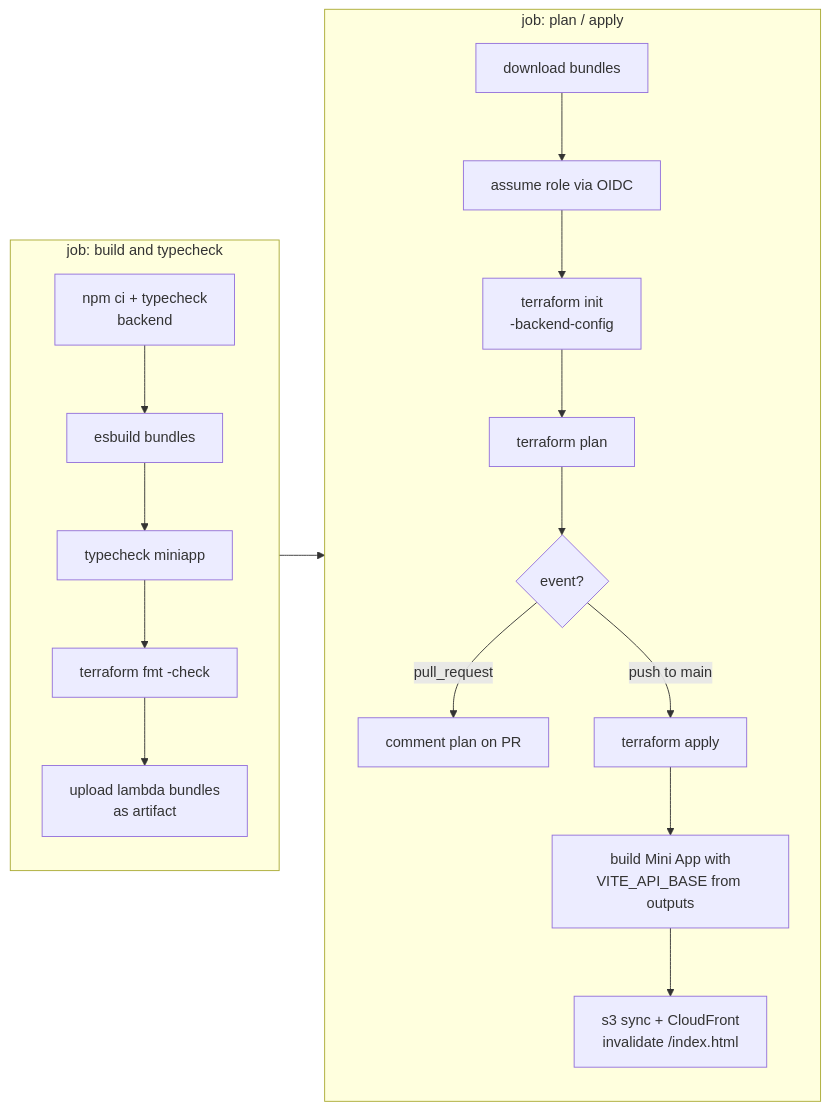
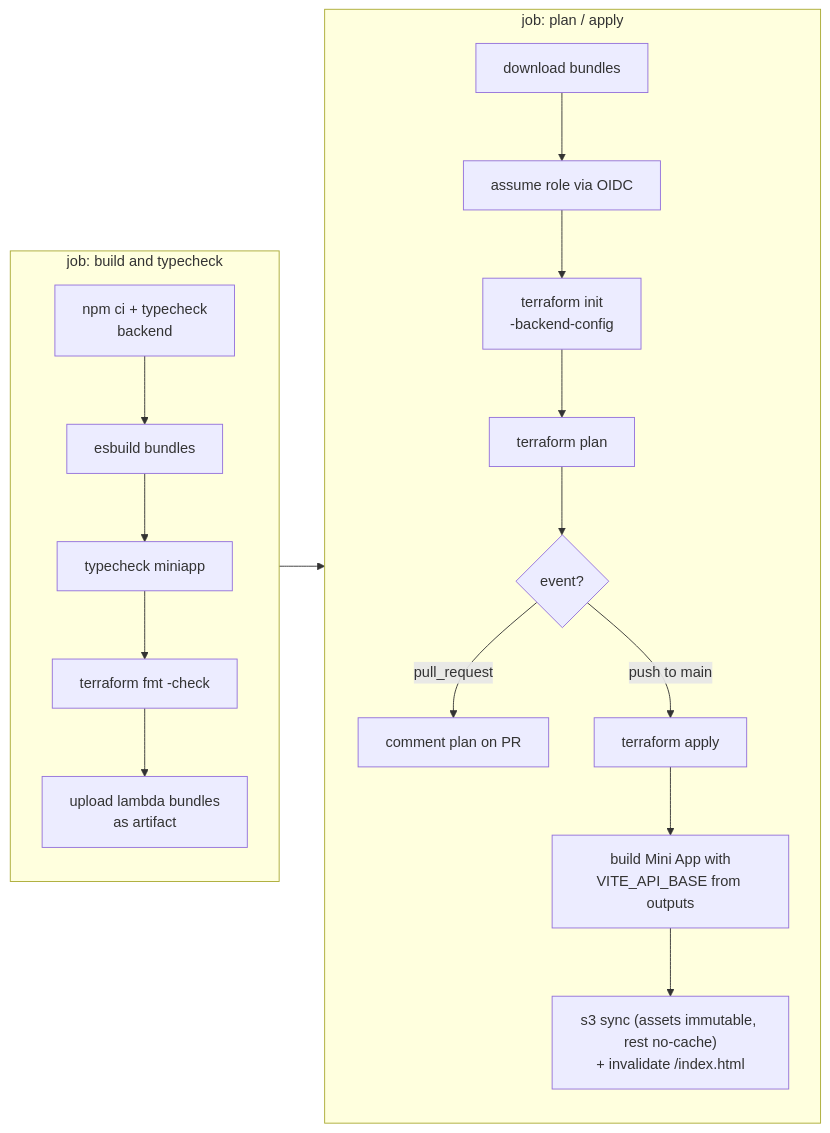
The second of 4 diagrams in DESIGN.md (anyhowwws/AnySplit), drawn with Mermaid before and after one commit. The commit also changed other lines of this file and 4 other files, not shown here.

First line of the commit message:
Upload index.html as no-cache and hashed assets as immutable (#23)

````diff
--- a/DESIGN.md
+++ b/DESIGN.md
@@ -152,24 +152,24 @@
 ```mermaid
 flowchart LR
     subgraph build["job: build and typecheck"]
         direction TB
         B1["npm ci + typecheck<br/>backend"] --> B2["esbuild bundles"]
         B2 --> B3["typecheck miniapp"]
         B3 --> B4["terraform fmt -check"]
         B4 --> B5["upload lambda bundles<br/>as artifact"]
     end
 
     subgraph tf["job: plan / apply"]
         direction TB
         T1["download bundles"] --> T2["assume role via OIDC"]
         T2 --> T3["terraform init<br/>-backend-config"]
         T3 --> T4["terraform plan"]
         T4 --> T5{"event?"}
         T5 -->|"pull_request"| T6["comment plan on PR"]
         T5 -->|"push to main"| T7["terraform apply"]
         T7 --> T8["build Mini App with<br/>VITE_API_BASE from outputs"]
-        T8 --> T9["s3 sync + CloudFront<br/>invalidate /index.html"]
+        T8 --> T9["s3 sync (assets immutable, rest no-cache)<br/>+ invalidate /index.html"]
     end
 
     build --> tf
 ```
````
